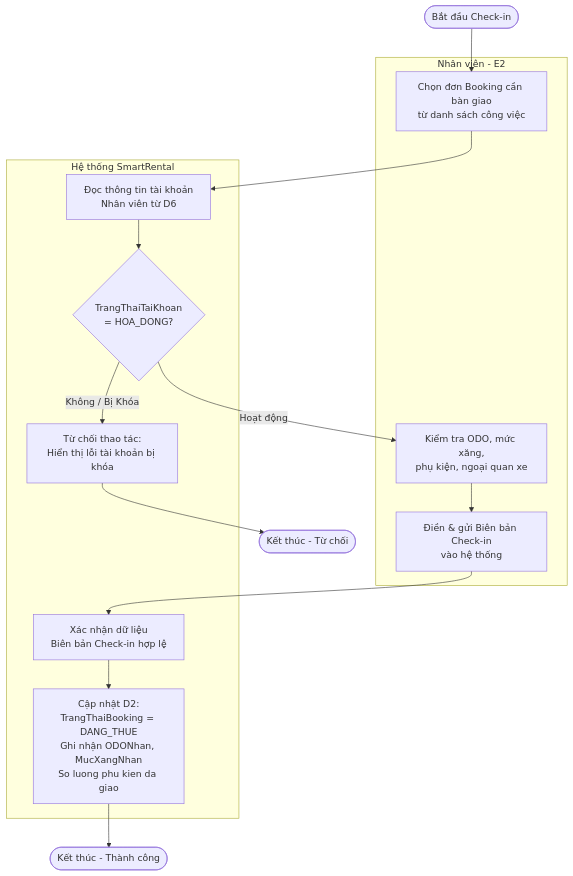
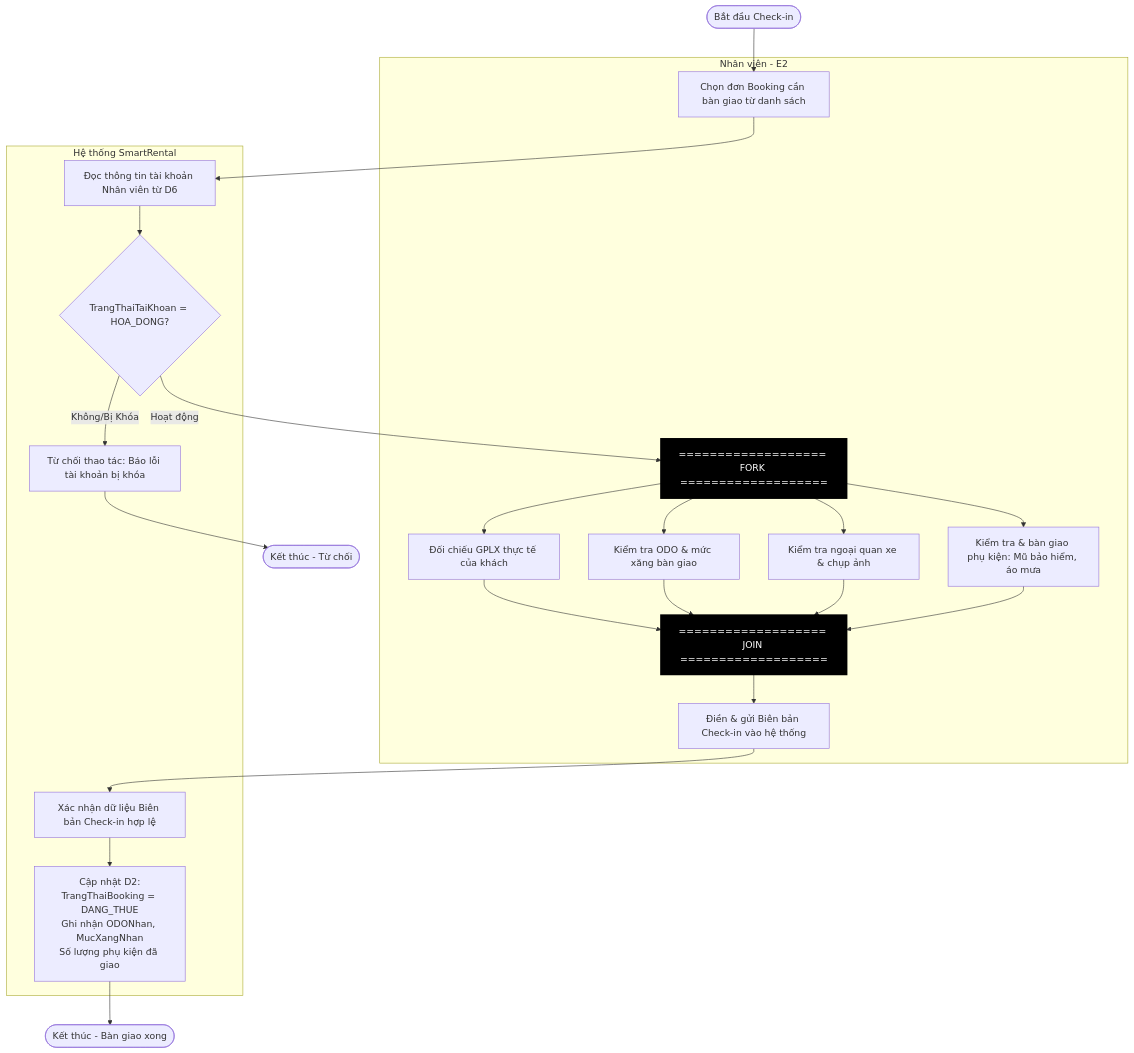
One commit to Vqd2k6/SAD-UTH changed the eighth of 39 diagrams in BaoCao_DeTaiNhom_PTTKHT.md. Above: the diagram before and after it, drawn with Mermaid. The commit also changed other lines of this file and 1 other file, not shown here.

````diff
--- a/BaoCao_DeTaiNhom_PTTKHT.md
+++ b/BaoCao_DeTaiNhom_PTTKHT.md
@@ -651,23 +664,52 @@
 ```mermaid
 graph TB
     Start1(["Bắt đầu Check-in"])
 
     subgraph E2_CI [Nhân viên - E2]
-        NV1["Chọn đơn Booking cần bàn giao<br/>từ danh sách công việc"]
-        NV2["Kiểm tra ODO, mức xăng,<br/>phụ kiện, ngoại quan xe"]
-        NV3["Điền & gửi Biên bản Check-in<br/>vào hệ thống"]
+        NV1["Chọn đơn Booking cần bàn giao từ danh sách"]
+        
+        %% Fork Bar for Check-in inspections
+        ForkCI["=================== FORK ==================="]
+        
+        NV2_1["Đối chiếu GPLX thực tế của khách"]
+        NV2_2["Kiểm tra ODO & mức xăng bàn giao"]
+        NV2_3["Kiểm tra ngoại quan xe & chụp ảnh"]
+        NV2_4["Kiểm tra & bàn giao phụ kiện: Mũ bảo hiểm, áo mưa"]
+        
+        %% Join Bar for Check-in
+        JoinCI["=================== JOIN ==================="]
+        
+        NV3["Điền & gửi Biên bản Check-in vào hệ thống"]
     end
 
     subgraph SYS_CI [Hệ thống SmartRental]
-        S1["Đọc thông tin tài khoản<br/>Nhân viên từ D6"]
-        S2{"TrangThaiTaiKhoan<br/>= HOA_DONG?"}
-        S3["Từ chối thao tác:<br/>Hiển thị lỗi tài khoản bị khóa"]
-        S4["Xác nhận dữ liệu<br/>Biên bản Check-in hợp lệ"]
-        S5["Cập nhật D2:<br/>TrangThaiBooking = DANG_THUE<br/>Ghi nhận ODONhan, MucXangNhan<br/>So luong phu kien da giao"]
+        S1["Đọc thông tin tài khoản Nhân viên từ D6"]
+        S2{"TrangThaiTaiKhoan = HOA_DONG?"}
+        S3["Từ chối thao tác: Báo lỗi tài khoản bị khóa"]
+        S4["Xác nhận dữ liệu Biên bản Check-in hợp lệ"]
+        S5["Cập nhật D2:<br/>TrangThaiBooking = DANG_THUE<br/>Ghi nhận ODONhan, MucXangNhan<br/>Số lượng phụ kiện đã giao"]
     end
 
     %% Flow
     Start1 --> NV1 --> S1 --> S2
-    S2 -- Không / Bị Khóa --> S3 --> End_CI_Reject([Kết thúc - Từ chối])
-    S2 -- Hoạt động --> NV2 --> NV3 --> S4 --> S5 --> End_CI_OK([Kết thúc - Thành công])
+    S2 -- Không/Bị Khóa --> S3 --> End_CI_Reject([Kết thúc - Từ chối])
+    S2 -- Hoạt động --> ForkCI
+    
+    %% Forking inspections
+    ForkCI --> NV2_1
+    ForkCI --> NV2_2
+    ForkCI --> NV2_3
+    ForkCI --> NV2_4
+    
+    %% Joining inspections
+    NV2_1 --> JoinCI
+    NV2_2 --> JoinCI
+    NV2_3 --> JoinCI
+    NV2_4 --> JoinCI
+    
+    JoinCI --> NV3 --> S4 --> S5 --> End_CI_OK([Kết thúc - Bàn giao xong])
+
+    %% Styling Fork/Join Bars
+    style ForkCI fill:#000,stroke:#000,stroke-width:3px,color:#fff;
+    style JoinCI fill:#000,stroke:#000,stroke-width:3px,color:#fff;
 ```
````
